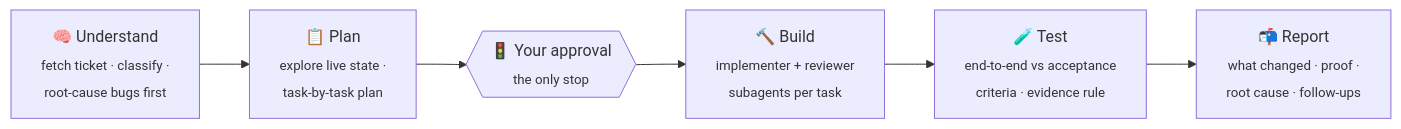
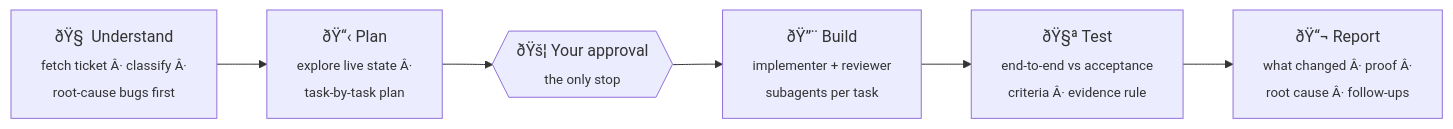
Before and after one commit to sys-nat-ai/One2Ten: the diagram in README.md, drawn with Mermaid. The commit also changed other lines of this file, not shown here.

````diff
--- a/README.md
+++ b/README.md
@@ -42,8 +42,8 @@
 ```mermaid
 flowchart LR
-    A["🧠 Understand<br/><sub>fetch ticket · classify ·<br/>root-cause bugs first</sub>"] --> B["📋 Plan<br/><sub>explore live state ·<br/>task-by-task plan</sub>"]
-    B --> G{{"🚦 Your approval<br/><sub>the only stop</sub>"}}
-    G --> C["🔨 Build<br/><sub>implementer + reviewer<br/>subagents per task</sub>"]
-    C --> D["🧪 Test<br/><sub>end-to-end vs acceptance<br/>criteria · evidence rule</sub>"]
-    D --> E["📬 Report<br/><sub>what changed · proof ·<br/>root cause · follow-ups</sub>"]
+    A["ðŸ§  Understand<br/><sub>fetch ticket Â· classify Â·<br/>root-cause bugs first</sub>"] --> B["ðŸ“‹ Plan<br/><sub>explore live state Â·<br/>task-by-task plan</sub>"]
+    B --> G{{"ðŸš¦ Your approval<br/><sub>the only stop</sub>"}}
+    G --> C["ðŸ”¨ Build<br/><sub>implementer + reviewer<br/>subagents per task</sub>"]
+    C --> D["ðŸ§ª Test<br/><sub>end-to-end vs acceptance<br/>criteria Â· evidence rule</sub>"]
+    D --> E["ðŸ“¬ Report<br/><sub>what changed Â· proof Â·<br/>root cause Â· follow-ups</sub>"]
 ```
````
